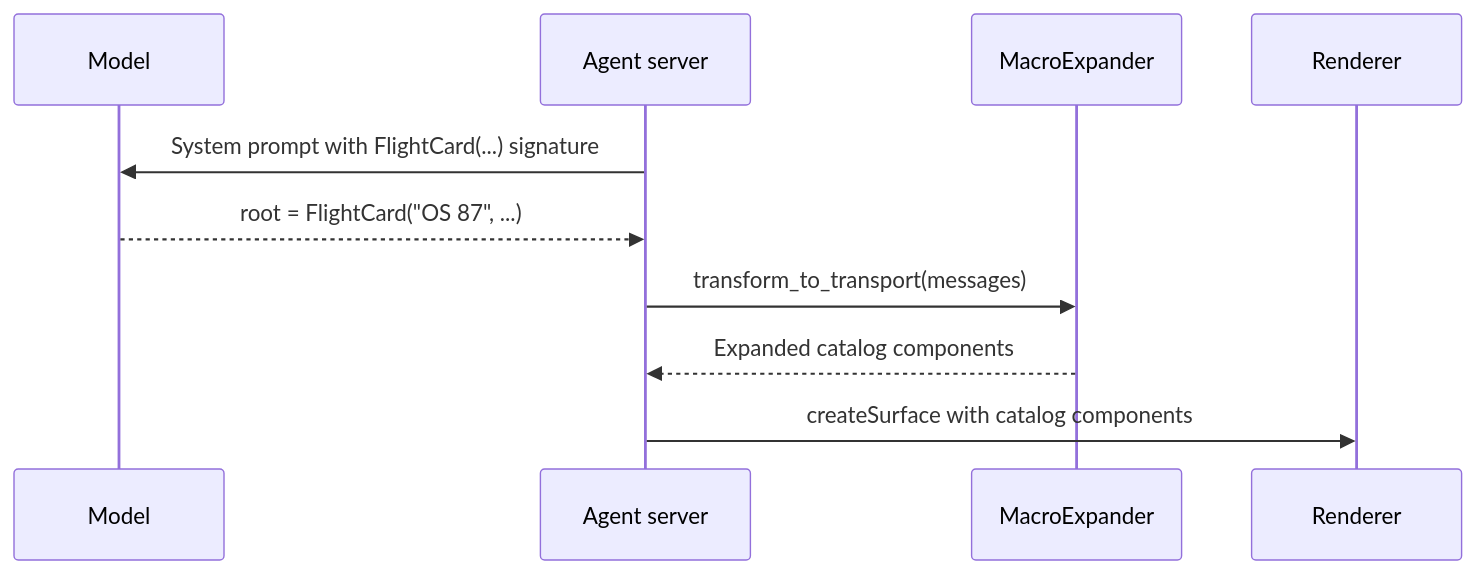
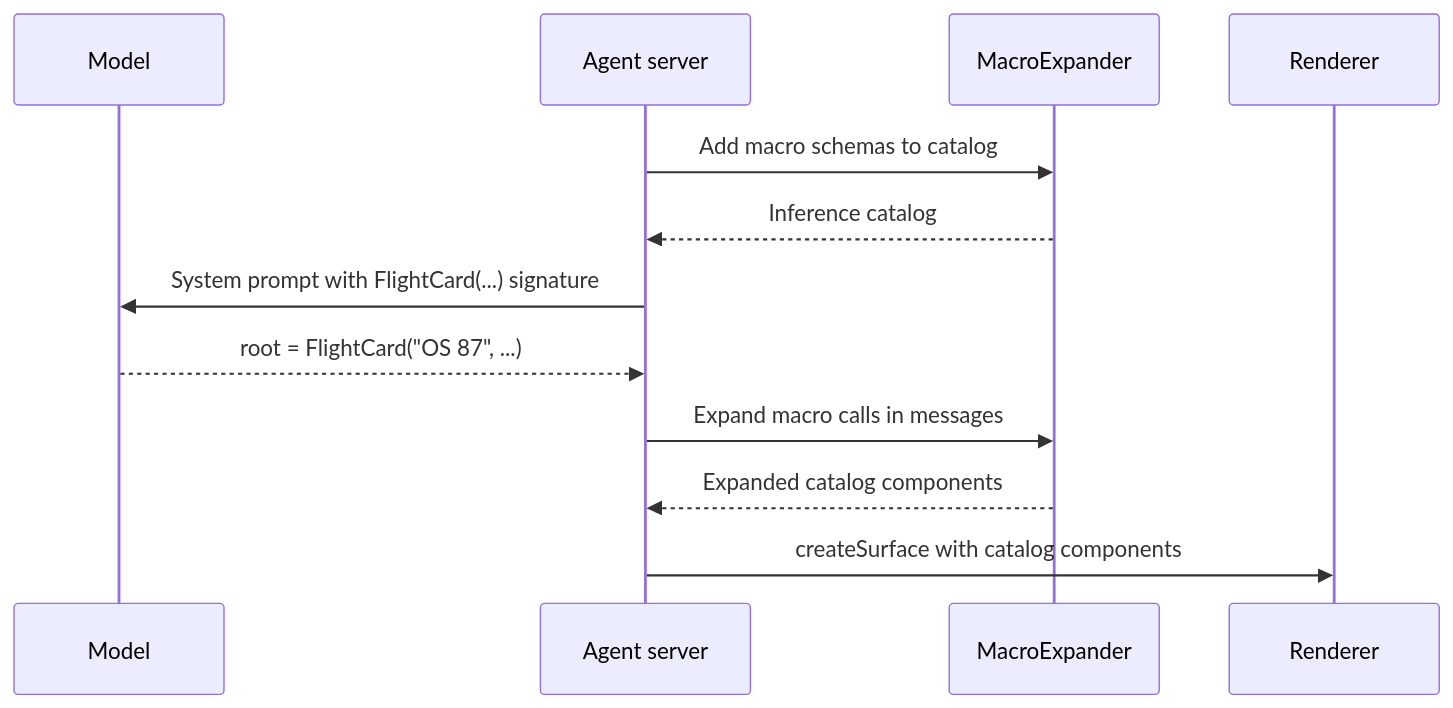
The diagram in docs/site/src/content/docs/concepts/macros.mdx (a2ui-project/a2ui), drawn with Mermaid before and after one commit. The commit also changed other lines of this file, not shown here.

````diff
--- a/docs/site/src/content/docs/concepts/macros.mdx
+++ b/docs/site/src/content/docs/concepts/macros.mdx
@@ -28,12 +28,14 @@
 ```mermaid
 sequenceDiagram
     participant Model
     participant Agent as Agent server
     participant Expander as MacroExpander
     participant Renderer
+    Agent->>Expander: Add macro schemas to catalog
+    Expander-->>Agent: Inference catalog
     Agent->>Model: System prompt with FlightCard(...) signature
     Model-->>Agent: root = FlightCard("OS 87", ...)
-    Agent->>Expander: transform_to_transport(messages)
+    Agent->>Expander: Expand macro calls in messages
     Expander-->>Agent: Expanded catalog components
     Agent->>Renderer: createSurface with catalog components
 ```
````
